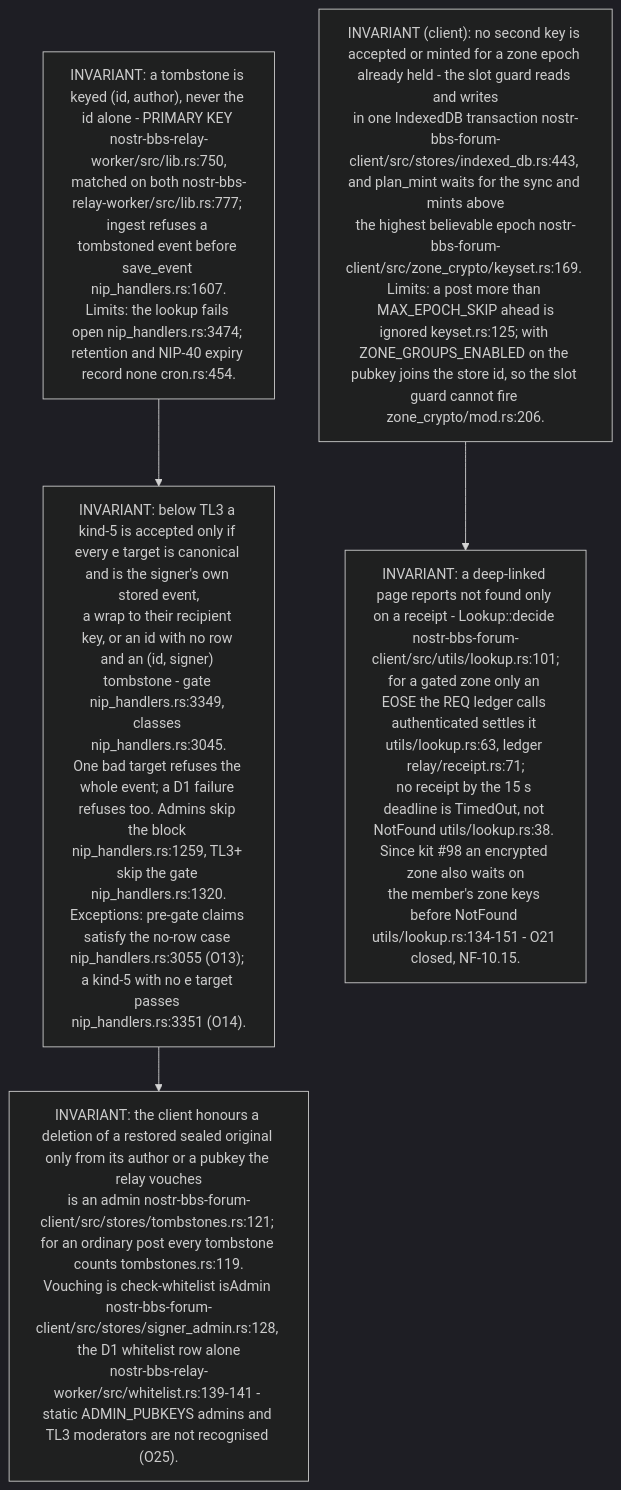
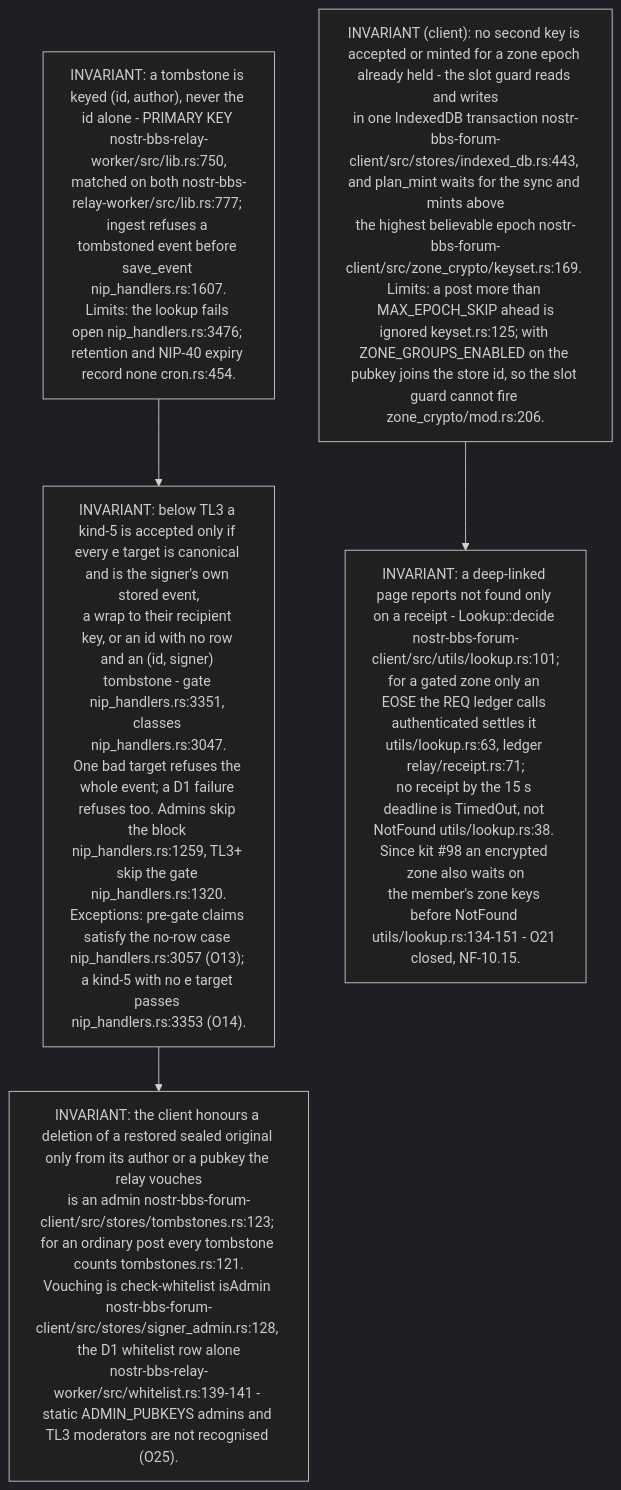
Diagram 11 of 15 in docs/diagrams/nostr-rust-forum/10-invariants-and-anomaly-register.md (DreamLab-AI/VisionFlow), drawn with Mermaid (dark theme) before and after one commit. The commit also changed other lines of this file and 11 other files, not shown here.

````diff
--- a/docs/diagrams/nostr-rust-forum/10-invariants-and-anomaly-register.md
+++ b/docs/diagrams/nostr-rust-forum/10-invariants-and-anomaly-register.md
@@ -304,10 +304,10 @@
 ```mermaid
 flowchart TB
-    T1["INVARIANT: a tombstone is keyed (id, author), never the id alone - PRIMARY KEY nostr-bbs-relay-worker/src/lib.rs:750,<br/>matched on both nostr-bbs-relay-worker/src/lib.rs:777; ingest refuses a tombstoned event before save_event nip_handlers.rs:1607.<br/>Limits: the lookup fails open nip_handlers.rs:3474; retention and NIP-40 expiry record none cron.rs:454."]
-    T2["INVARIANT: below TL3 a kind-5 is accepted only if every e target is canonical and is the signer's own stored event,<br/>a wrap to their recipient key, or an id with no row and an (id, signer) tombstone - gate nip_handlers.rs:3349, classes nip_handlers.rs:3045.<br/>One bad target refuses the whole event; a D1 failure refuses too. Admins skip the block nip_handlers.rs:1259, TL3+ skip the gate nip_handlers.rs:1320.<br/>Exceptions: pre-gate claims satisfy the no-row case nip_handlers.rs:3055 (O13); a kind-5 with no e target passes nip_handlers.rs:3351 (O14)."]
-    T3["INVARIANT: the client honours a deletion of a restored sealed original only from its author or a pubkey the relay vouches<br/>is an admin nostr-bbs-forum-client/src/stores/tombstones.rs:121; for an ordinary post every tombstone counts tombstones.rs:119.<br/>Vouching is check-whitelist isAdmin nostr-bbs-forum-client/src/stores/signer_admin.rs:128, the D1 whitelist row alone<br/>nostr-bbs-relay-worker/src/whitelist.rs:139-141 - static ADMIN_PUBKEYS admins and TL3 moderators are not recognised (O25)."]
+    T1["INVARIANT: a tombstone is keyed (id, author), never the id alone - PRIMARY KEY nostr-bbs-relay-worker/src/lib.rs:750,<br/>matched on both nostr-bbs-relay-worker/src/lib.rs:777; ingest refuses a tombstoned event before save_event nip_handlers.rs:1607.<br/>Limits: the lookup fails open nip_handlers.rs:3476; retention and NIP-40 expiry record none cron.rs:454."]
+    T2["INVARIANT: below TL3 a kind-5 is accepted only if every e target is canonical and is the signer's own stored event,<br/>a wrap to their recipient key, or an id with no row and an (id, signer) tombstone - gate nip_handlers.rs:3351, classes nip_handlers.rs:3047.<br/>One bad target refuses the whole event; a D1 failure refuses too. Admins skip the block nip_handlers.rs:1259, TL3+ skip the gate nip_handlers.rs:1320.<br/>Exceptions: pre-gate claims satisfy the no-row case nip_handlers.rs:3057 (O13); a kind-5 with no e target passes nip_handlers.rs:3353 (O14)."]
+    T3["INVARIANT: the client honours a deletion of a restored sealed original only from its author or a pubkey the relay vouches<br/>is an admin nostr-bbs-forum-client/src/stores/tombstones.rs:123; for an ordinary post every tombstone counts tombstones.rs:121.<br/>Vouching is check-whitelist isAdmin nostr-bbs-forum-client/src/stores/signer_admin.rs:128, the D1 whitelist row alone<br/>nostr-bbs-relay-worker/src/whitelist.rs:139-141 - static ADMIN_PUBKEYS admins and TL3 moderators are not recognised (O25)."]
     T4["INVARIANT (client): no second key is accepted or minted for a zone epoch already held - the slot guard reads and writes<br/>in one IndexedDB transaction nostr-bbs-forum-client/src/stores/indexed_db.rs:443, and plan_mint waits for the sync and mints above<br/>the highest believable epoch nostr-bbs-forum-client/src/zone_crypto/keyset.rs:169. Limits: a post more than MAX_EPOCH_SKIP ahead is<br/>ignored keyset.rs:125; with ZONE_GROUPS_ENABLED on the pubkey joins the store id, so the slot guard cannot fire zone_crypto/mod.rs:206."]
     T5["INVARIANT: a deep-linked page reports not found only on a receipt - Lookup::decide nostr-bbs-forum-client/src/utils/lookup.rs:101;<br/>for a gated zone only an EOSE the REQ ledger calls authenticated settles it utils/lookup.rs:63, ledger relay/receipt.rs:71;<br/>no receipt by the 15 s deadline is TimedOut, not NotFound utils/lookup.rs:38. Since kit #98 an encrypted zone also waits on<br/>the member's zone keys before NotFound utils/lookup.rs:134-151 - O21 closed, NF-10.15."]
     T1 --> T2 --> T3
     T4 --> T5
 ```
````
